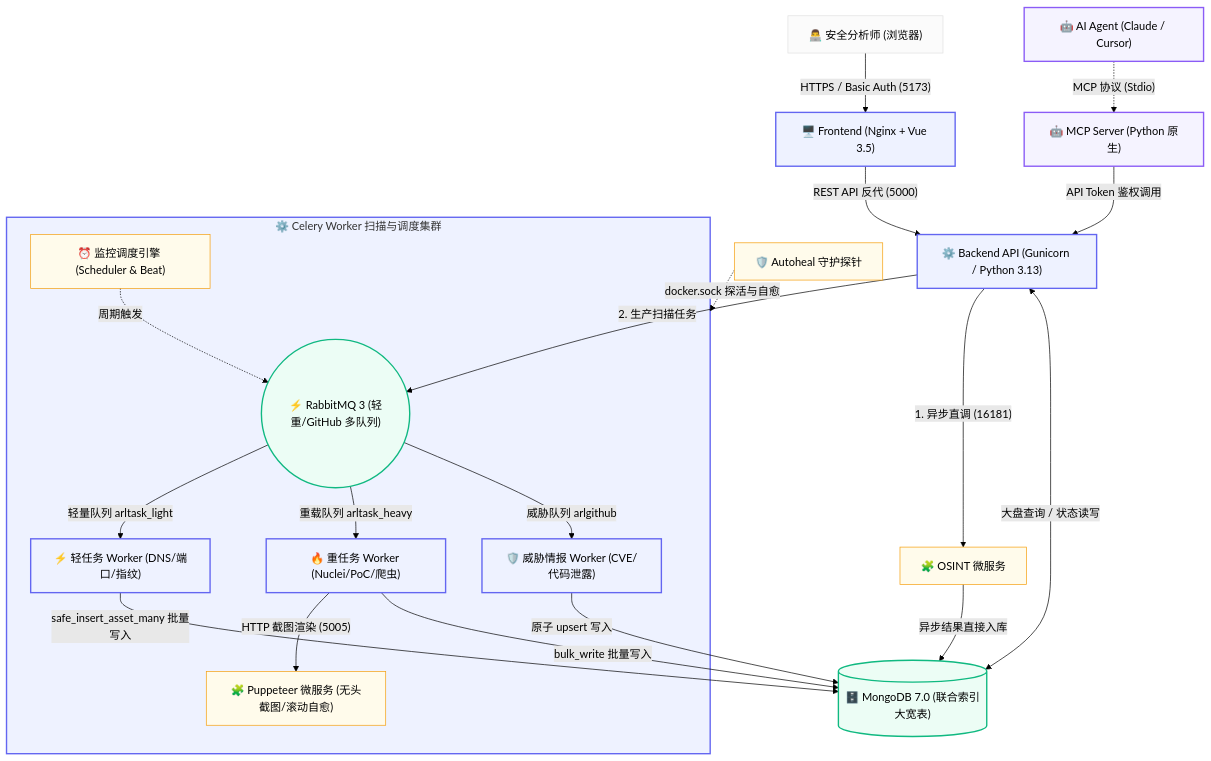
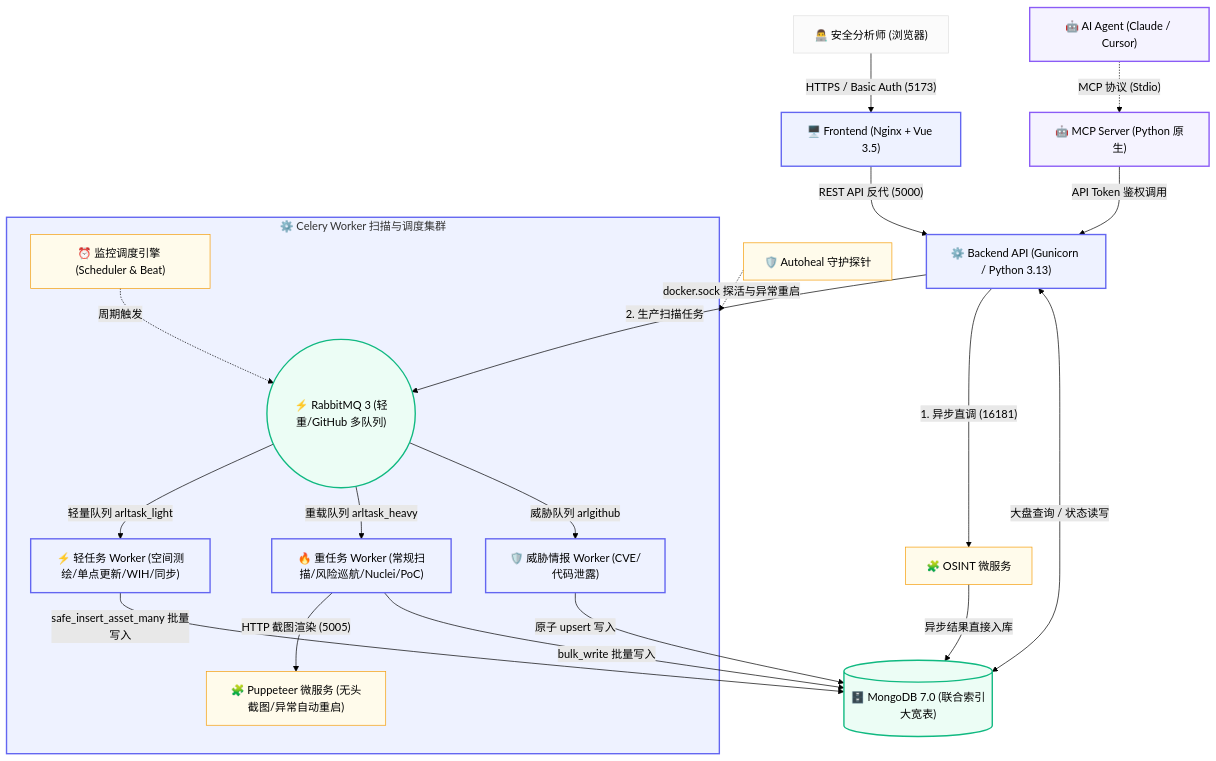
Before and after one commit to Kano882/ARL-Next: the diagram in README.md, drawn with Mermaid (forest theme). The commit also changed other lines of this file and 6 other files, not shown here.

````diff
--- a/README.md
+++ b/README.md
@@ -123,44 +135,44 @@
 ```mermaid
 graph TD
     %% 1. 接入层
     User["👨‍💻 安全分析师 (浏览器)"] -->|"HTTPS / Basic Auth (5173)"| Nginx["🖥️ Frontend (Nginx + Vue 3.5)"]
     Agent["🤖 AI Agent (Claude / Cursor)"] -.->|"MCP 协议 (Stdio)"| MCP["🤖 MCP Server (Python 原生)"]
 
     %% 2. API 网关层
     Nginx -->|"REST API 反代 (5000)"| Backend["⚙️ Backend API (Gunicorn / Python 3.13)"]
     MCP -->|"API Token 鉴权调用"| Backend
 
     %% 3. 调度与任务分流 (双轨解耦)
     Backend -->|"1. 异步直调 (16181)"| OSINT["🧩 OSINT 微服务"]
     Backend -->|"2. 生产扫描任务"| MQ(("⚡ RabbitMQ 3 (轻重/GitHub 多队列)"))
 
     %% 4. Celery Worker 扫描计算集群
     subgraph WorkerCluster ["⚙️ Celery Worker 扫描与调度集群"]
-        MQ -->|"轻量队列 arltask_light"| W_Light["⚡ 轻任务 Worker (DNS/端口/指纹)"]
-        MQ -->|"重载队列 arltask_heavy"| W_Heavy["🔥 重任务 Worker (Nuclei/PoC/爬虫)"]
+        MQ -->|"轻量队列 arltask_light"| W_Light["⚡ 轻任务 Worker (空间测绘/单点更新/WIH/同步)"]
+        MQ -->|"重载队列 arltask_heavy"| W_Heavy["🔥 重任务 Worker (常规扫描/风险巡航/Nuclei/PoC)"]
         MQ -->|"威胁队列 arlgithub"| W_Git["🛡️ 威胁情报 Worker (CVE/代码泄露)"]
         
         Scheduler["⏰ 监控调度引擎 (Scheduler & Beat)"] -.->|"周期触发"| MQ
-        W_Heavy -->|"HTTP 截图渲染 (5005)"| Puppeteer["🧩 Puppeteer 微服务 (无头截图/滚动自愈)"]
+        W_Heavy -->|"HTTP 截图渲染 (5005)"| Puppeteer["🧩 Puppeteer 微服务 (无头截图/异常自动重启)"]
     end
 
     %% 5. 数据统一落库 (从上往下自然汇聚分流)
     Backend <-->|"大盘查询 / 状态读写"| DB[("🗄️ MongoDB 7.0 (联合索引大宽表)")]
     OSINT -->|"异步结果直接入库"| DB
     W_Light -->|"safe_insert_asset_many 批量写入"| DB
     W_Heavy -->|"bulk_write 批量写入"| DB
     W_Git -->|"原子 upsert 写入"| DB
 
-    Autoheal["🛡️ Autoheal 守护探针"] -.->|"docker.sock 探活与自愈"| WorkerCluster
+    Autoheal["🛡️ Autoheal 守护探针"] -.->|"docker.sock 探活与异常重启"| WorkerCluster
 
     classDef default fill:#fbfbfb,stroke:#e0e0e0,stroke-width:1px;
     classDef core fill:#eef2ff,stroke:#6366f1,stroke-width:2px;
     classDef ai fill:#f5f3ff,stroke:#8b5cf6,stroke-width:2px;
     classDef db fill:#ecfdf5,stroke:#10b981,stroke-width:2px;
     classDef micro fill:#fffbeb,stroke:#f59e0b,stroke-width:1px;
     
     class Nginx,Backend,WorkerCluster,W_Light,W_Heavy,W_Git core;
     class Agent,MCP ai;
     class DB,MQ db;
     class OSINT,Puppeteer,Autoheal,Scheduler micro;
 ```
````
